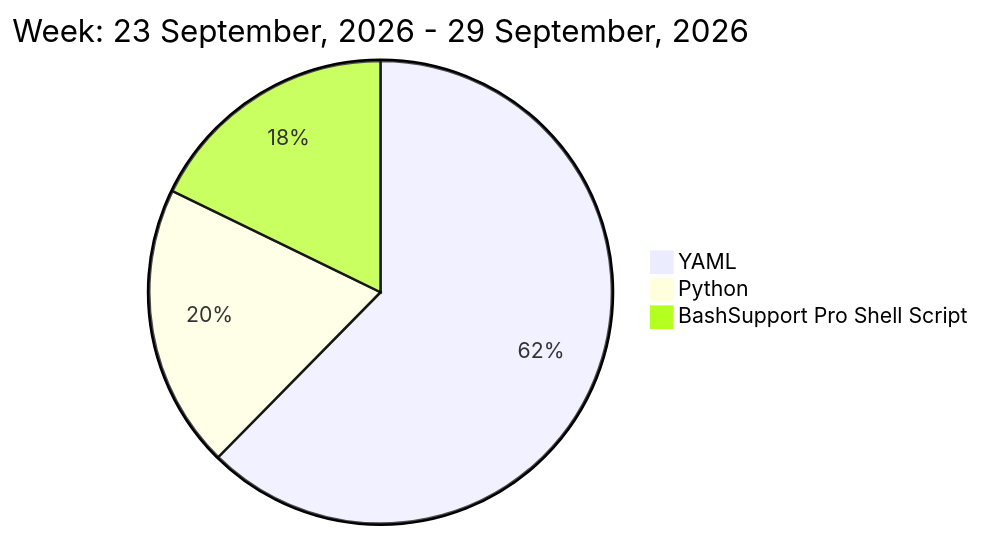
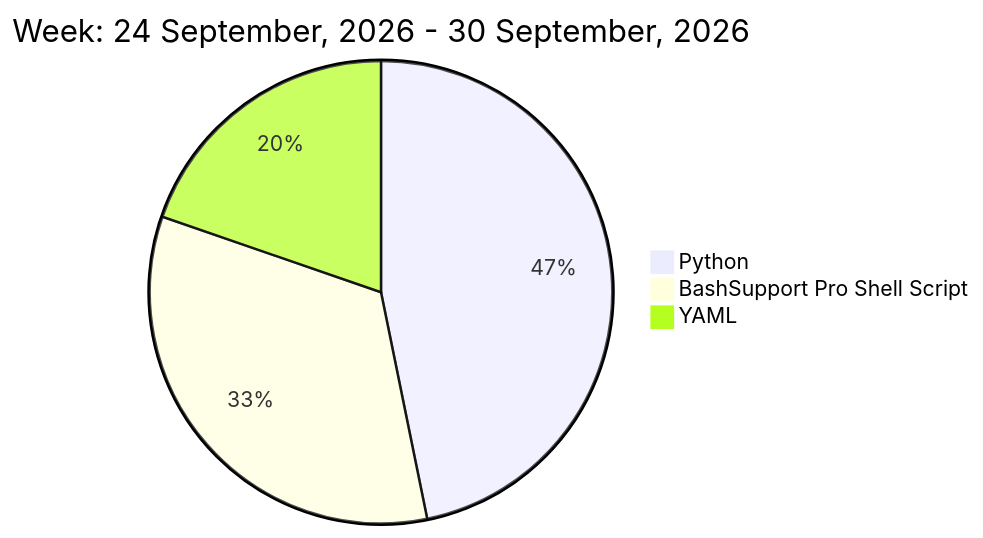
Before and after one commit to liubin95/liubin95: the diagram in README.md, drawn with Mermaid.

Commit message:
Updated the Graph with new Metrics

````diff
--- a/README.md
+++ b/README.md
@@ -32,7 +32,7 @@
 ```mermaid
  pie
-title Week: 23 September, 2026 - 29 September, 2026
- "YAML" : 3.05
- "Python" : 0.97
- "BashSupport Pro Shell Script" : 0.87
+title Week: 24 September, 2026 - 30 September, 2026
+ "Python" : 0.95
+ "BashSupport Pro Shell Script" : 0.68
+ "YAML" : 0.4
 ```
````
